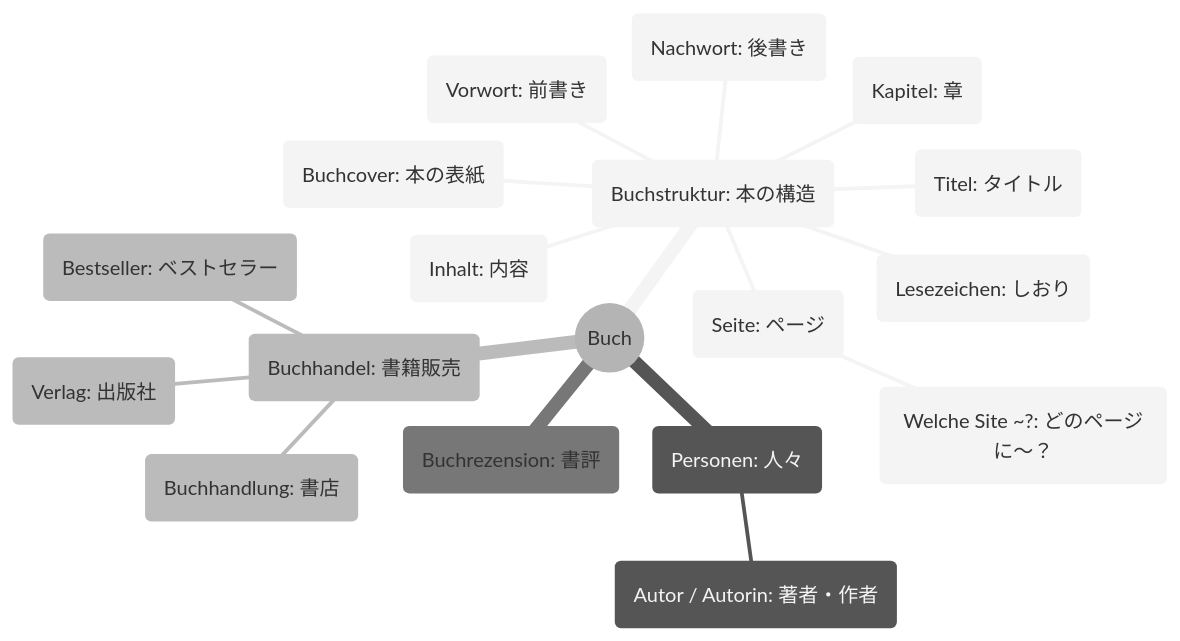
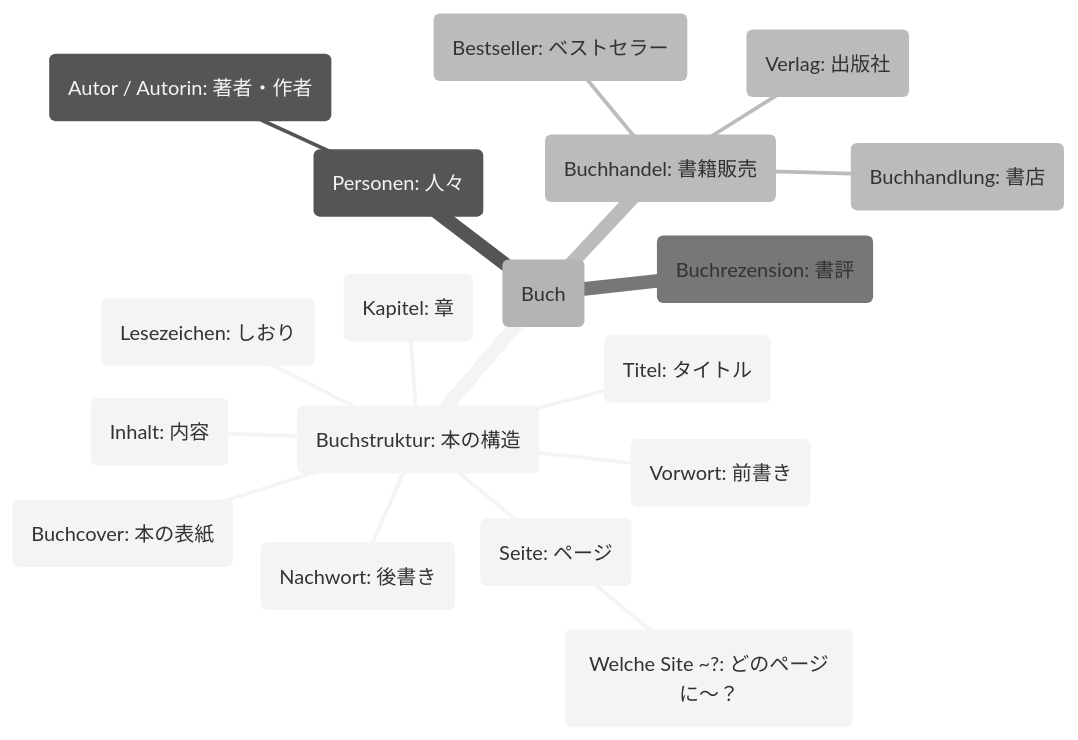
The second of 4 diagrams in Dutesch/deutsch.md (hyonsoku/mindmap), drawn with Mermaid (neutral theme) before and after one commit. The commit also changed other lines of this file and 4 other files, not shown here.

````diff
--- a/Dutesch/deutsch.md
+++ b/Dutesch/deutsch.md
@@ -13,21 +13,21 @@
 ```mermaid
 mindmap
-    root((Buch)
+    root(Buch)
         (Buchstruktur: 本の構造)
             (Seite: ページ)
                 (Welche Site ~?: どのページに〜？)
             (Kapitel: 章)
             (Titel: タイトル)
             (Vorwort: 前書き)
             (Nachwort: 後書き)
             (Inhalt: 内容)
             (Buchcover: 本の表紙)
             (Lesezeichen: しおり)
         (Personen: 人々)
             (Autor / Autorin: 著者・作者)
         (Buchhandel: 書籍販売)
             (Verlag: 出版社)
             (Buchhandlung: 書店)
             (Bestseller: ベストセラー)
         (Buchrezension: 書評)
 ```
````
